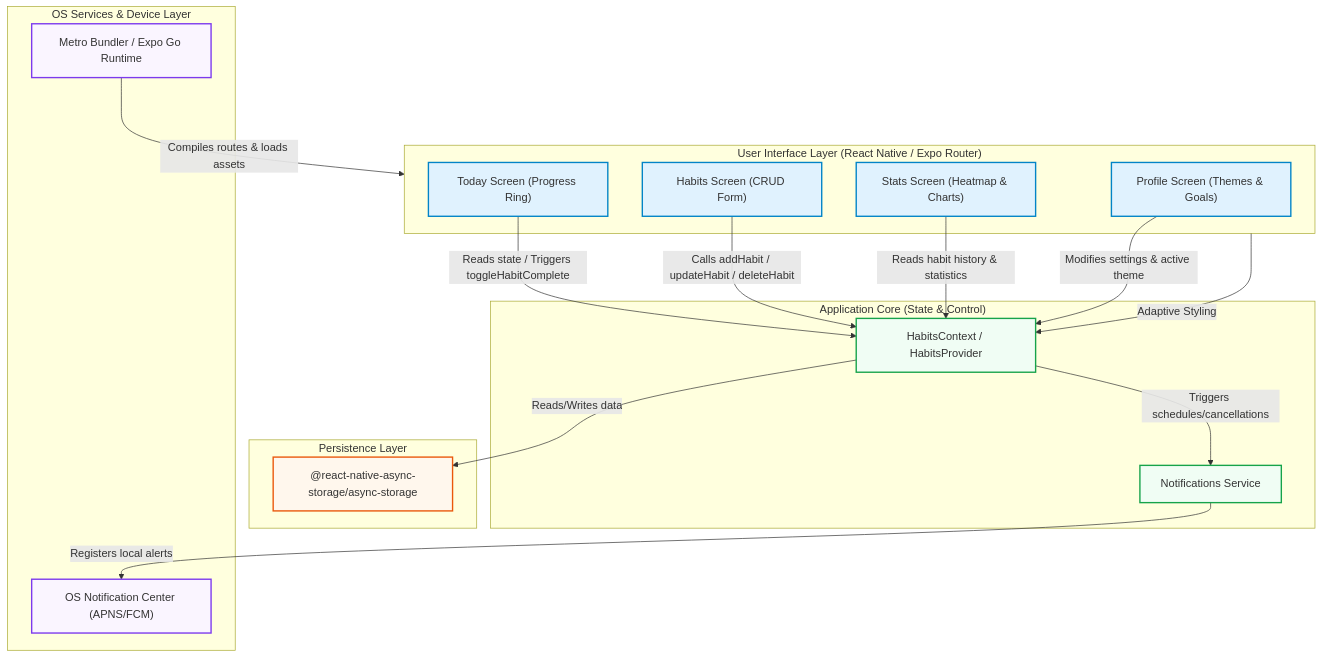
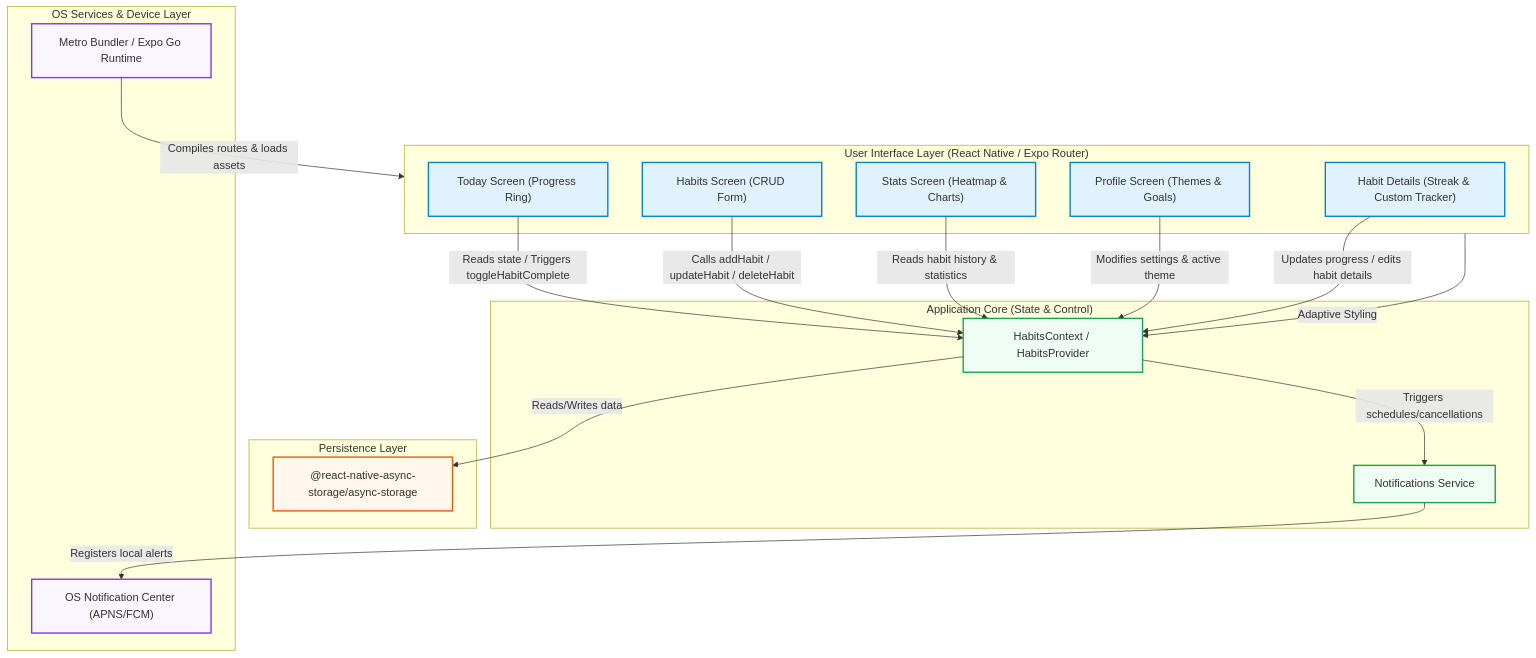
The diagram in README.md (Ank09yadav/bitracker), drawn with Mermaid before and after one commit. The commit also changed other lines of this file and 1 other file, not shown here.

````diff
--- a/README.md
+++ b/README.md
@@ -12,44 +31,46 @@
 ```mermaid
 graph TD
     %% Define styles
     classDef ui fill:#e0f2fe,stroke:#0284c7,stroke-width:2px;
     classDef core fill:#f0fdf4,stroke:#16a34a,stroke-width:2px;
     classDef storage fill:#fff7ed,stroke:#ea580c,stroke-width:2px;
     classDef system fill:#faf5ff,stroke:#7c3aed,stroke-width:2px;
 
     %% Nodes
     subgraph UI ["User Interface Layer (React Native / Expo Router)"]
         Today["Today Screen (Progress Ring)"]:::ui
         Habits["Habits Screen (CRUD Form)"]:::ui
         Stats["Stats Screen (Heatmap & Charts)"]:::ui
         Profile["Profile Screen (Themes & Goals)"]:::ui
+        Details["Habit Details (Streak & Custom Tracker)"]:::ui
     end
 
     subgraph Core ["Application Core (State & Control)"]
         Context["HabitsContext / HabitsProvider"]:::core
         NotifService["Notifications Service"]:::core
     end
 
     subgraph Storage ["Persistence Layer"]
         AsyncStorage["@react-native-async-storage/async-storage"]:::storage
     end
 
     subgraph Native ["OS Services & Device Layer"]
         OSNotif["OS Notification Center (APNS/FCM)"]:::system
         Metro["Metro Bundler / Expo Go Runtime"]:::system
     end
 
     %% Relations
     Today -->|Reads state / Triggers toggleHabitComplete| Context
     Habits -->|Calls addHabit / updateHabit / deleteHabit| Context
     Stats -->|Reads habit history & statistics| Context
     Profile -->|Modifies settings & active theme| Context
+    Details -->|Updates progress / edits habit details| Context
 
     Context -->|Reads/Writes data| AsyncStorage
     Context -->|Triggers schedules/cancellations| NotifService
     
     NotifService -->|Registers local alerts| OSNotif
     
     UI -->|Adaptive Styling| Context
     Metro -->|Compiles routes & loads assets| UI
 ```
````
